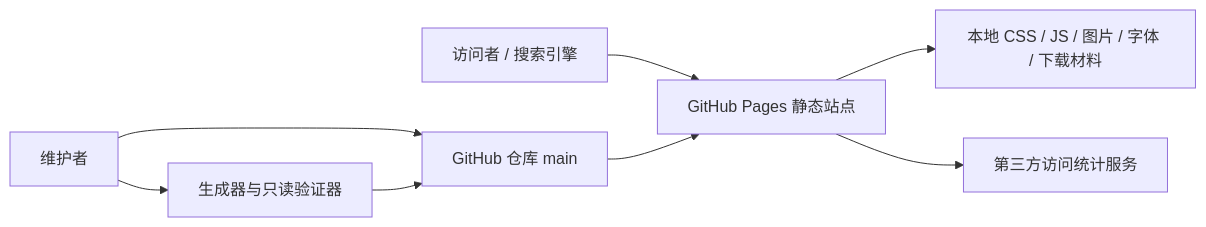
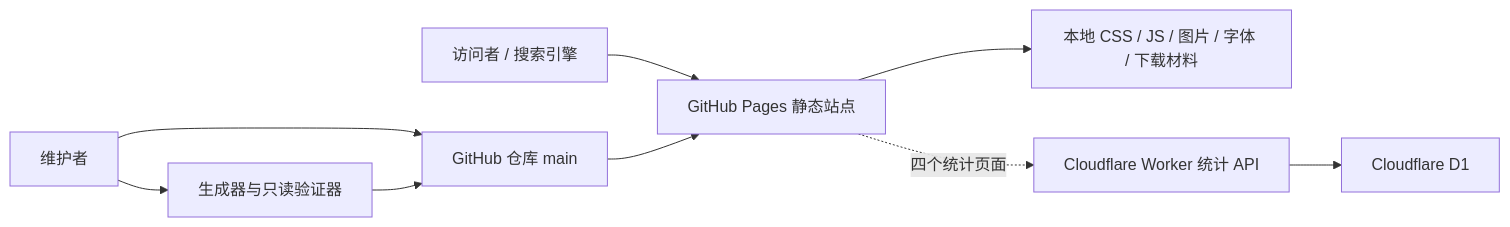
The first of 5 diagrams in docs/architecture.md (Yan-ShiBo/Yan-ShiBo.github.io), drawn with Mermaid before and after one commit. The commit also changed other lines of this file and 21 other files, not shown here.

Commit message:
Replace public counters with private stats worker

````diff
--- a/docs/architecture.md
+++ b/docs/architecture.md
@@ -38,10 +40,11 @@
 ```mermaid
 flowchart LR
     Visitor["访问者 / 搜索引擎"] --> Pages["GitHub Pages 静态站点"]
     Maintainer["维护者"] --> Repo["GitHub 仓库 main"]
     Repo --> Pages
     Pages --> Assets["本地 CSS / JS / 图片 / 字体 / 下载材料"]
-    Pages --> Counter["第三方访问统计服务"]
+    Pages -. "四个统计页面" .-> StatsAPI["Cloudflare Worker 统计 API"]
+    StatsAPI --> D1["Cloudflare D1"]
     Maintainer --> Tools["生成器与只读验证器"]
     Tools --> Repo
 ```
````
